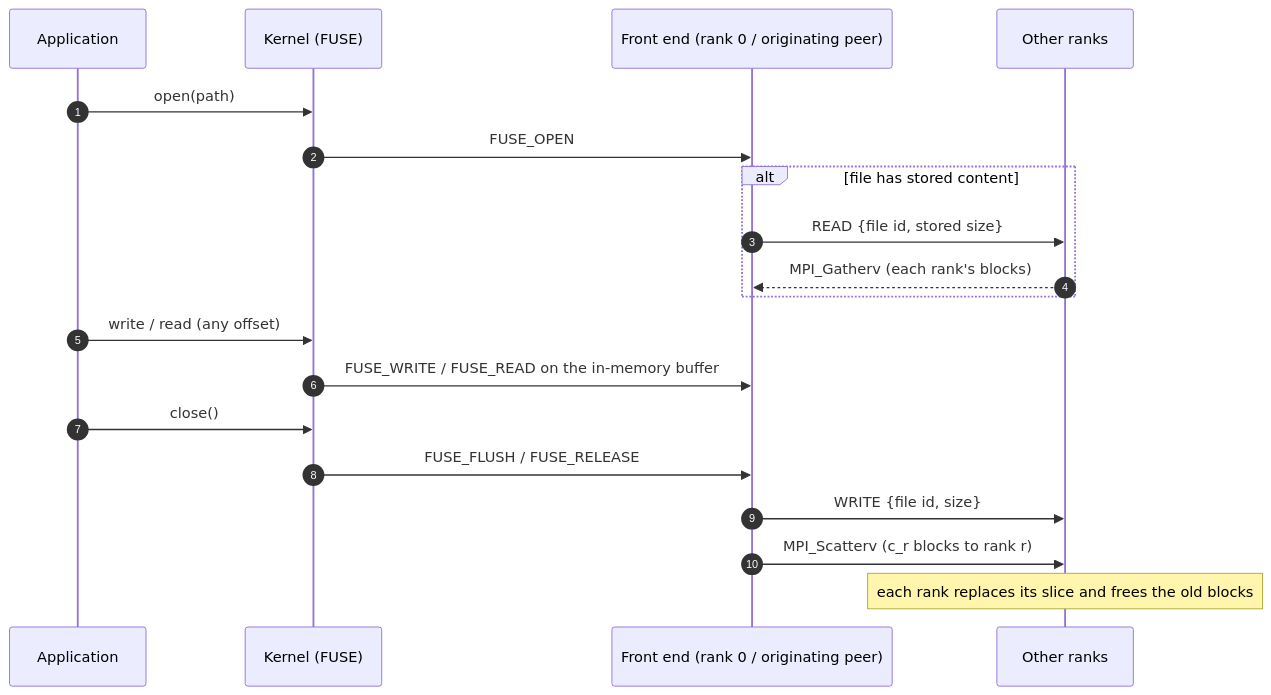
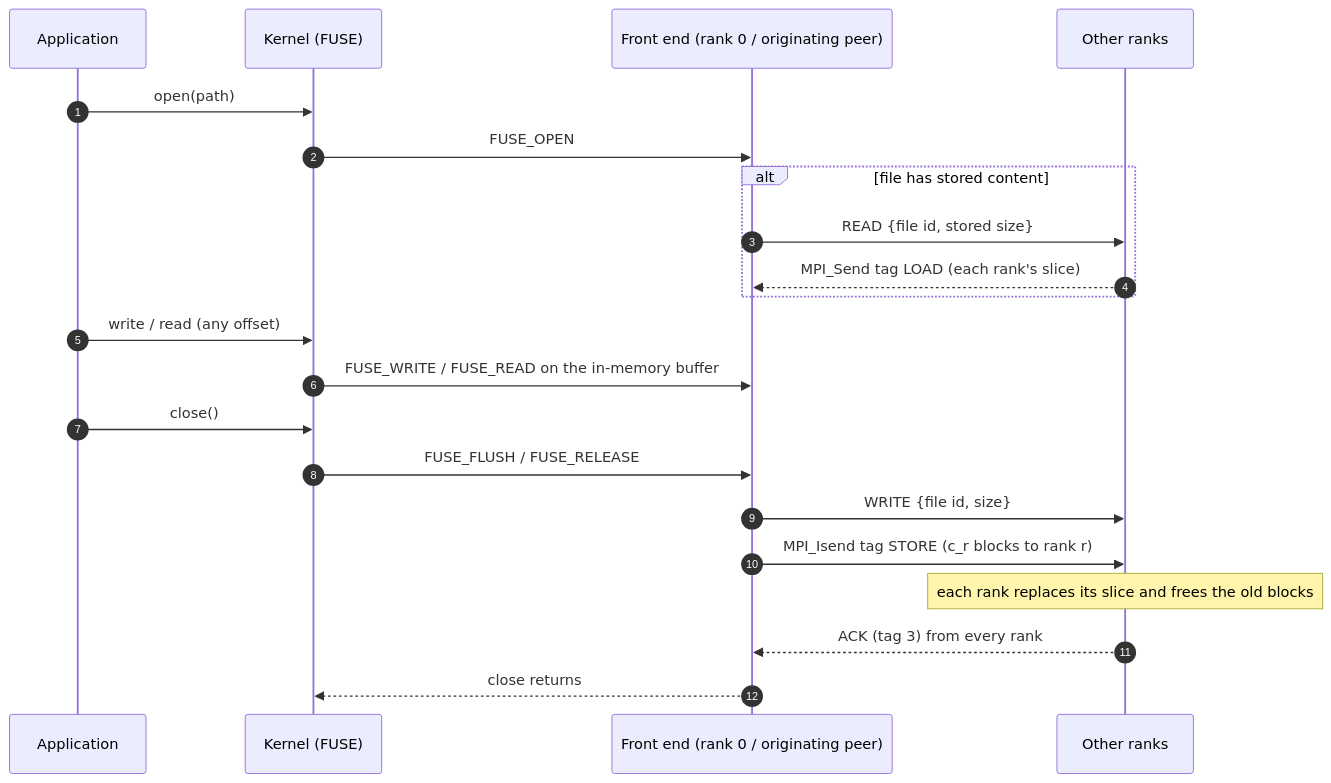
Before and after one commit to DagOnStar/DAGonFS: the second of 3 diagrams in README.md, drawn with Mermaid. The commit also changed other lines of this file and 107 other files, not shown here.

````diff
--- a/README.md
+++ b/README.md
@@ -61,21 +63,23 @@
 ```mermaid
 sequenceDiagram
     autonumber
     participant App as Application
     participant K as Kernel (FUSE)
     participant F as Front end (rank 0 / originating peer)
     participant S as Other ranks
     App->>K: open(path)
     K->>F: FUSE_OPEN
     alt file has stored content
         F->>S: READ {file id, stored size}
-        S-->>F: MPI_Gatherv (each rank's blocks)
+        S-->>F: MPI_Send tag LOAD (each rank's slice)
     end
     App->>K: write / read (any offset)
     K->>F: FUSE_WRITE / FUSE_READ on the in-memory buffer
     App->>K: close()
     K->>F: FUSE_FLUSH / FUSE_RELEASE
     F->>S: WRITE {file id, size}
-    F->>S: MPI_Scatterv (c_r blocks to rank r)
+    F->>S: MPI_Isend tag STORE (c_r blocks to rank r)
     Note over S: each rank replaces its slice and frees the old blocks
+    S-->>F: ACK (tag 3) from every rank
+    F-->>K: close returns
 ```
````
